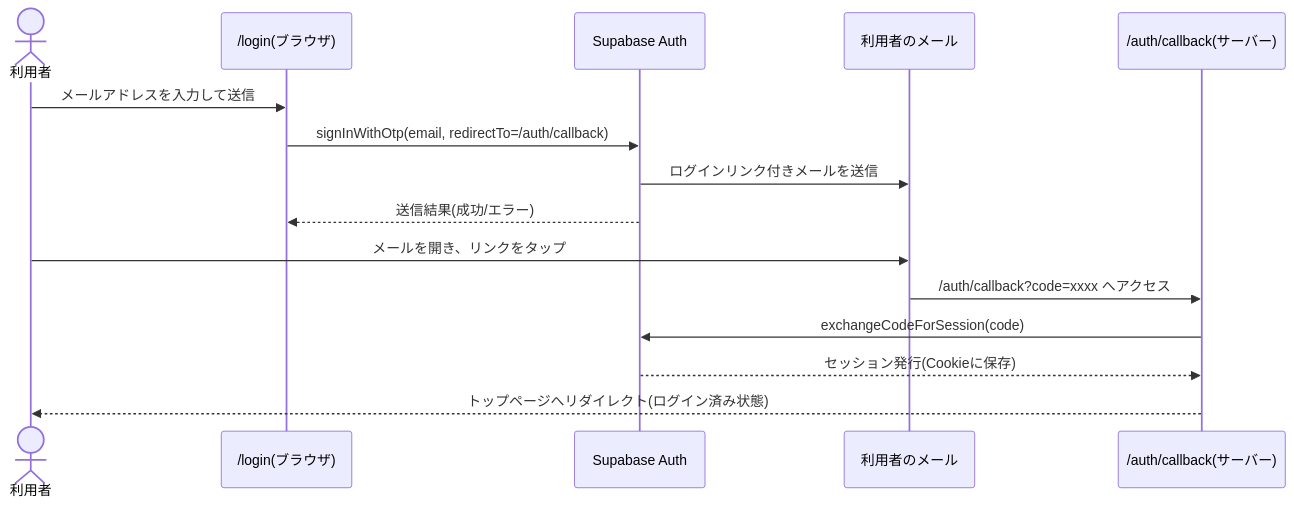
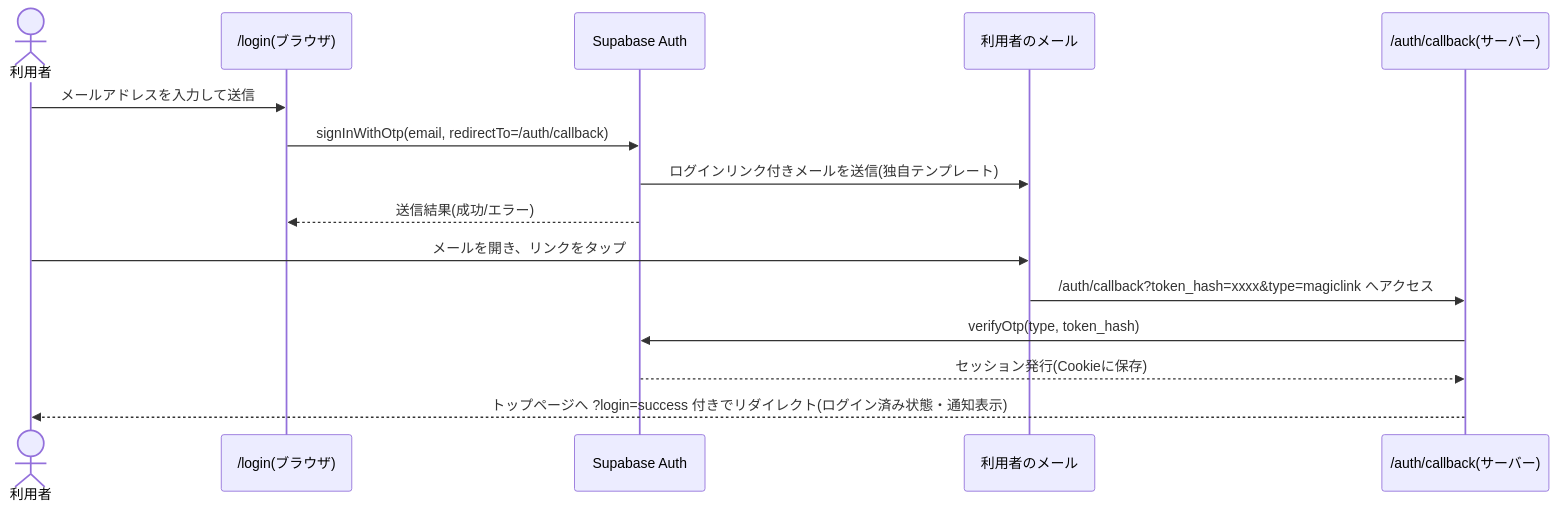
Before and after one commit to MasaharuShibata/my-workspace: the third of 3 diagrams in jiro-ramen-map/docs/03_detailed-design.md, drawn with Mermaid. The commit also changed other lines of this file and 9 other files, not shown here.

````diff
--- a/jiro-ramen-map/docs/03_detailed-design.md
+++ b/jiro-ramen-map/docs/03_detailed-design.md
@@ -165,18 +165,18 @@
 ```mermaid
 sequenceDiagram
     actor User as 利用者
     participant Login as /login(ブラウザ)
     participant Auth as Supabase Auth
     participant Mail as 利用者のメール
     participant Callback as /auth/callback(サーバー)
 
     User->>Login: メールアドレスを入力して送信
     Login->>Auth: signInWithOtp(email, redirectTo=/auth/callback)
-    Auth->>Mail: ログインリンク付きメールを送信
+    Auth->>Mail: ログインリンク付きメールを送信(独自テンプレート)
     Auth-->>Login: 送信結果(成功/エラー)
     User->>Mail: メールを開き、リンクをタップ
-    Mail->>Callback: /auth/callback?code=xxxx へアクセス
-    Callback->>Auth: exchangeCodeForSession(code)
+    Mail->>Callback: /auth/callback?token_hash=xxxx&type=magiclink へアクセス
+    Callback->>Auth: verifyOtp(type, token_hash)
     Auth-->>Callback: セッション発行(Cookieに保存)
-    Callback-->>User: トップページへリダイレクト(ログイン済み状態)
+    Callback-->>User: トップページへ ?login=success 付きでリダイレクト(ログイン済み状態・通知表示)
 ```
````
